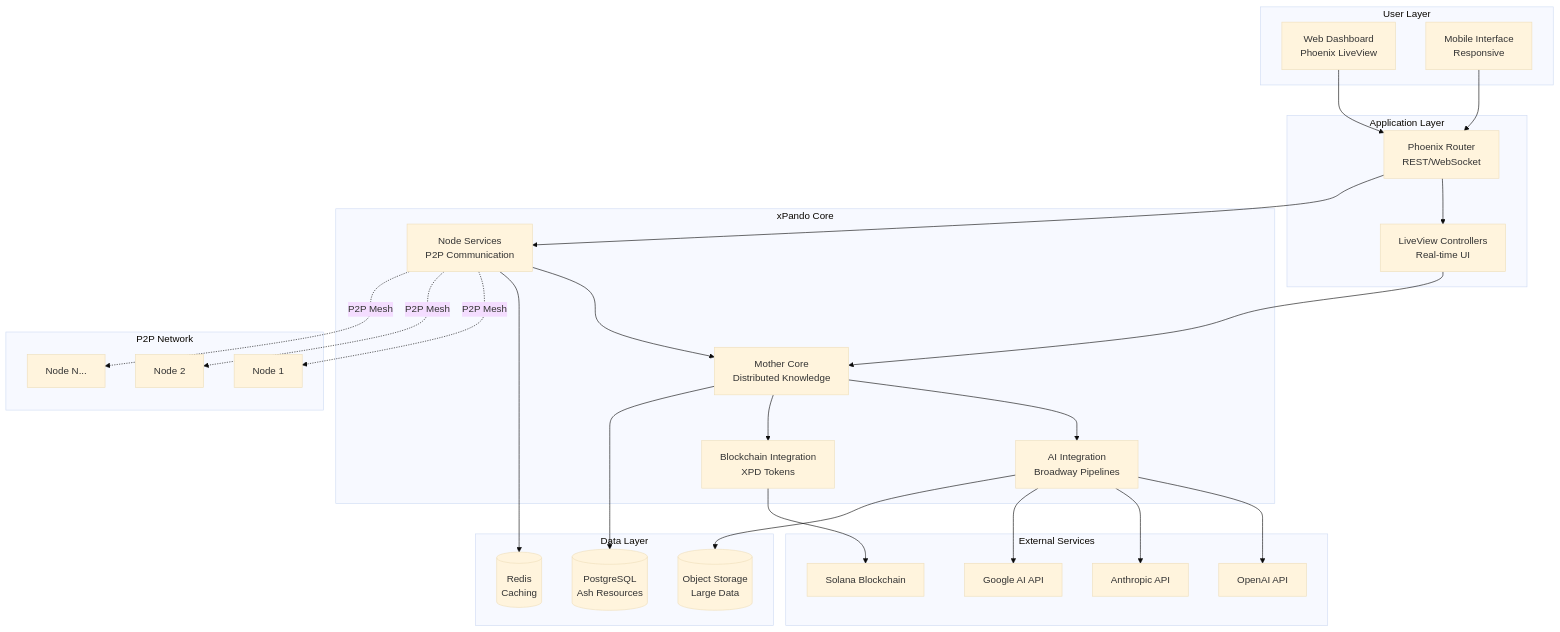
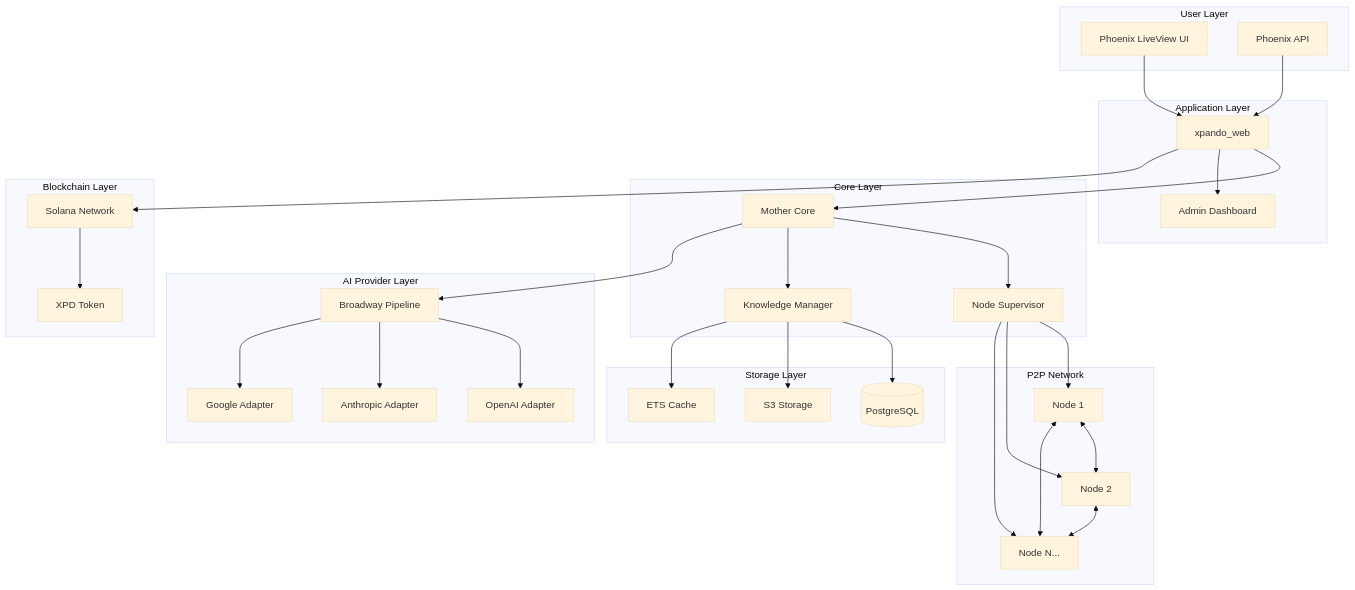
Before and after one commit to fodurrr/xpando_ai: the diagram in docs/architecture/high-level-architecture.md, drawn with Mermaid (base theme). The commit also changed other lines of this file and 25 other files, not shown here.

First line of the commit message:
Update architecture documentation and dependency management

````diff
--- a/docs/architecture/high-level-architecture.md
+++ b/docs/architecture/high-level-architecture.md
@@ -44,57 +21,64 @@
 ```mermaid
 graph TB
     subgraph "User Layer"
-        WEB[Web Dashboard<br/>Phoenix LiveView]
-        MOB[Mobile Interface<br/>Responsive]
+        UI[Phoenix LiveView UI]
+        API[Phoenix API]
     end
     
     subgraph "Application Layer"
-        API[Phoenix Router<br/>REST/WebSocket]
-        LV[LiveView Controllers<br/>Real-time UI]
+        WEB[xpando_web]
+        ADMIN[Admin Dashboard]
     end
     
-    subgraph "xPando Core"
-        MC[Mother Core<br/>Distributed Knowledge]
-        NS[Node Services<br/>P2P Communication]
-        AI[AI Integration<br/>Broadway Pipelines]
-        BC[Blockchain Integration<br/>XPD Tokens]
-    end
-    
-    subgraph "Data Layer"
-        PG[(PostgreSQL<br/>Ash Resources)]
-        REDIS[(Redis<br/>Caching)]
-        S3[(Object Storage<br/>Large Data)]
-    end
-    
-    subgraph "External Services"
-        OPENAI[OpenAI API]
-        ANTHROPIC[Anthropic API]
-        GOOGLE[Google AI API]
-        SOLANA[Solana Blockchain]
+    subgraph "Core Layer"
+        MC[Mother Core]
+        NS[Node Supervisor]
+        KM[Knowledge Manager]
     end
     
     subgraph "P2P Network"
         N1[Node 1]
         N2[Node 2]
         N3[Node N...]
     end
     
-    WEB --> API
-    MOB --> API
-    API --> LV
-    LV --> MC
-    API --> NS
-    NS --> MC
-    MC --> AI
-    MC --> BC
-    AI --> OPENAI
-    AI --> ANTHROPIC
-    AI --> GOOGLE
-    BC --> SOLANA
-    MC --> PG
-    NS --> REDIS
-    AI --> S3
-    NS -.->|P2P Mesh| N1
-    NS -.->|P2P Mesh| N2
-    NS -.->|P2P Mesh| N3
+    subgraph "AI Provider Layer"
+        BP[Broadway Pipeline]
+        OAI[OpenAI Adapter]
+        ANT[Anthropic Adapter]
+        GOO[Google Adapter]
+    end
+    
+    subgraph "Storage Layer"
+        PG[(PostgreSQL)]
+        S3[S3 Storage]
+        ETS[ETS Cache]
+    end
+    
+    subgraph "Blockchain Layer"
+        SOL[Solana Network]
+        XPD[XPD Token]
+    end
+    
+    UI --> WEB
+    API --> WEB
+    WEB --> MC
+    WEB --> ADMIN
+    MC --> NS
+    MC --> KM
+    NS --> N1
+    NS --> N2
+    NS --> N3
+    N1 <--> N2
+    N2 <--> N3
+    N1 <--> N3
+    MC --> BP
+    BP --> OAI
+    BP --> ANT
+    BP --> GOO
+    KM --> PG
+    KM --> S3
+    KM --> ETS
+    WEB --> SOL
+    SOL --> XPD
 ```
````
